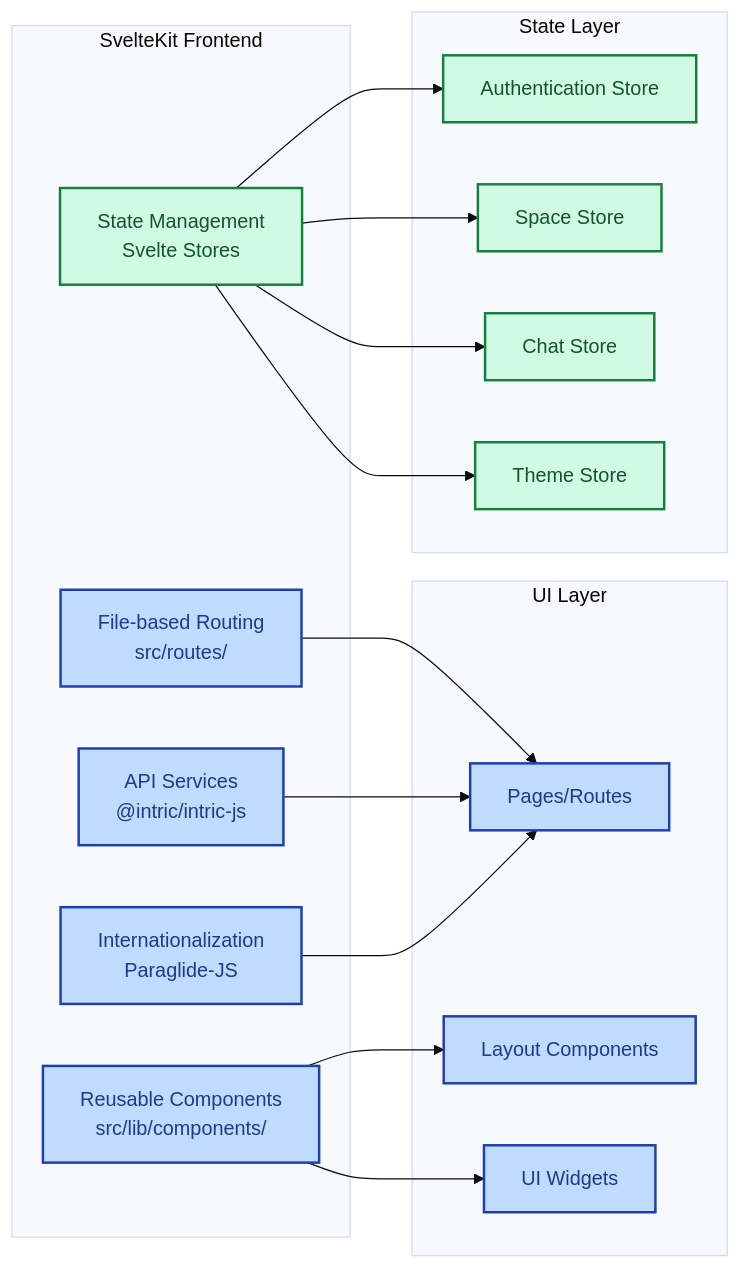
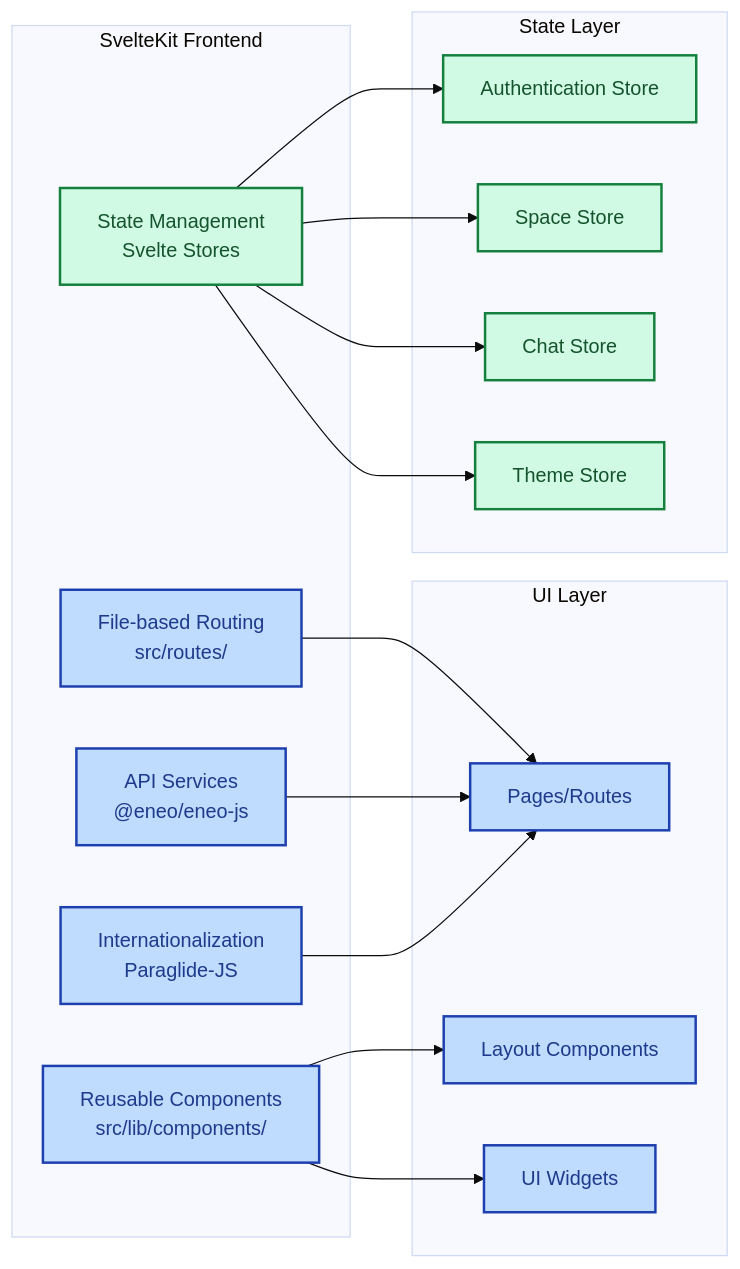
One commit to aerugo/eneo changed the third of 7 diagrams in docs/ARCHITECTURE.md. Above: the diagram before and after it, drawn with Mermaid. The commit also changed other lines of this file and 2439 other files, not shown here.

First line of the commit message:
refactor: rename Intric → Eneo across the codebase (synced with develop + CI guard) (#309)

````diff
--- a/docs/ARCHITECTURE.md
+++ b/docs/ARCHITECTURE.md
@@ -199,41 +199,41 @@
 ```mermaid
 %%{init: {'theme': 'base'}}%%
 graph LR
     classDef userFacing fill:#bfdbfe,stroke:#1e40af,stroke-width:2px,color:#1e3a8a
     classDef appLogic fill:#d1fae5,stroke:#15803d,stroke-width:2px,color:#14532d
 
     subgraph "SvelteKit Frontend"
         ROUTES[File-based Routing<br/>src/routes/]
         COMPONENTS[Reusable Components<br/>src/lib/components/]
         STORES[State Management<br/>Svelte Stores]
-        SERVICES[API Services<br/>@intric/intric-js]
+        SERVICES[API Services<br/>@eneo/eneo-js]
         I18N[Internationalization<br/>Paraglide-JS]
     end
 
     subgraph "UI Layer"
         PAGES[Pages/Routes]
         LAYOUTS[Layout Components]
         WIDGETS[UI Widgets]
     end
 
     subgraph "State Layer"
         AUTH_STORE[Authentication Store]
         SPACE_STORE[Space Store]
         CHAT_STORE[Chat Store]
         THEME_STORE[Theme Store]
     end
 
     ROUTES --> PAGES
     COMPONENTS --> LAYOUTS
     COMPONENTS --> WIDGETS
     STORES --> AUTH_STORE
     STORES --> SPACE_STORE
     STORES --> CHAT_STORE
     STORES --> THEME_STORE
 
     SERVICES --> PAGES
     I18N --> PAGES
 
     class PAGES,LAYOUTS,WIDGETS,ROUTES,COMPONENTS,SERVICES,I18N userFacing
     class STORES,AUTH_STORE,SPACE_STORE,CHAT_STORE,THEME_STORE appLogic
 ```
````
